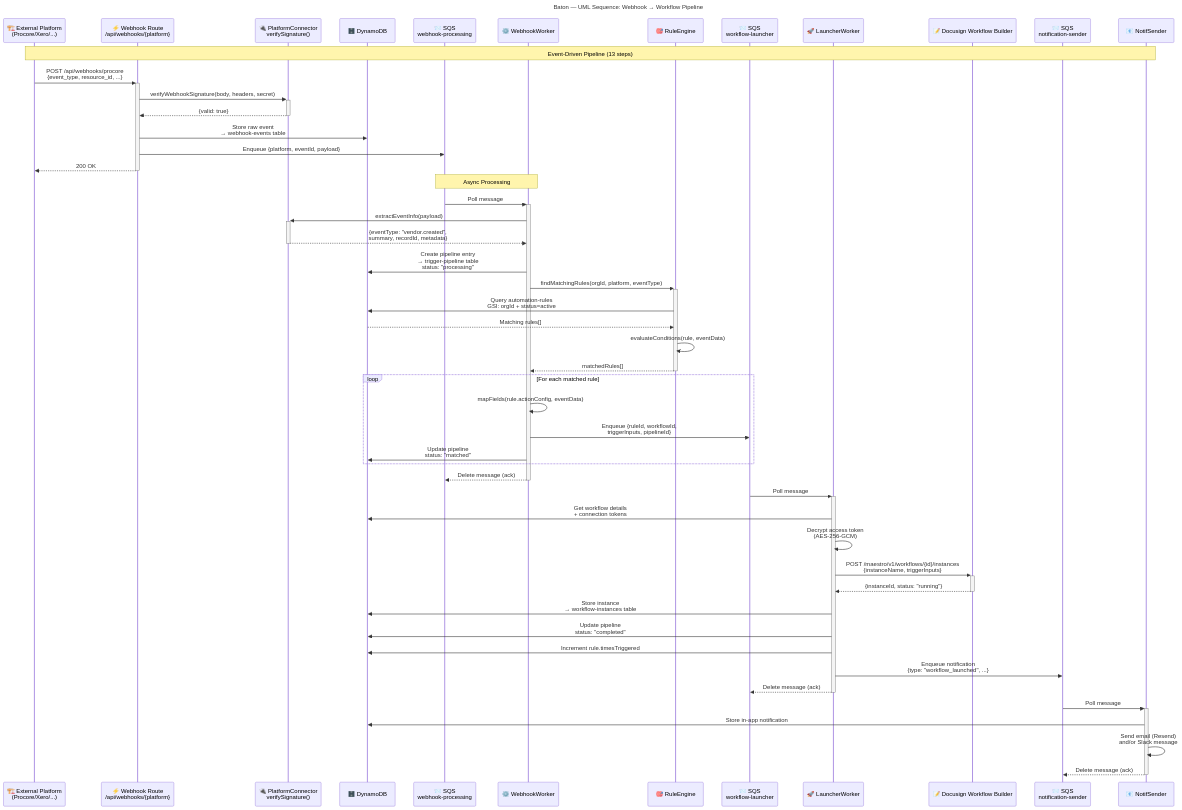
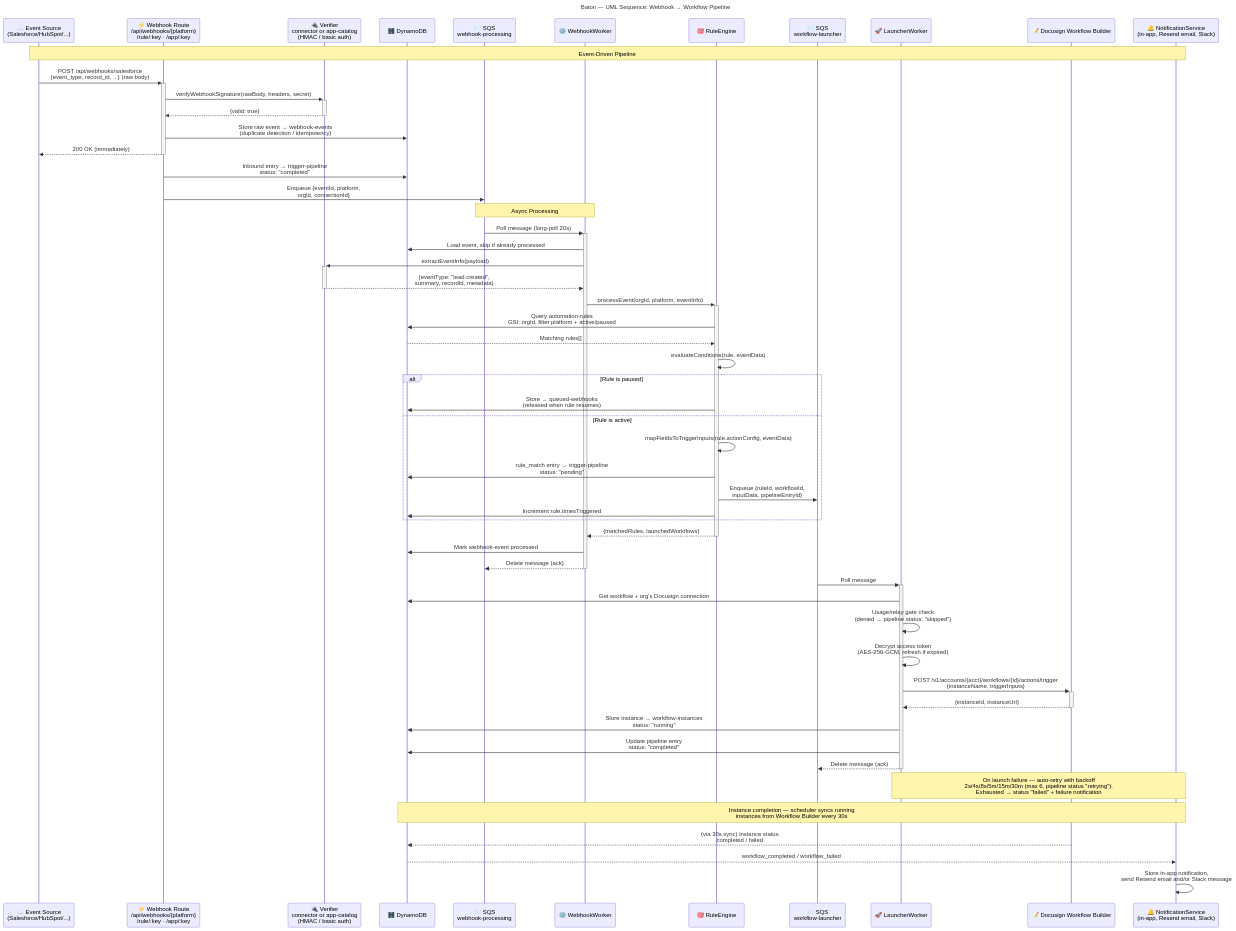
One commit to docufluidlabs/baton-core changed the diagram in baton/docs/uml-sequence-pipeline.mermaid. Above: the diagram before and after it, drawn with Mermaid. The commit also changed 7 other files, not shown here.

First line of the commit message:
Redraw the architecture diagrams to match the shipped code

```diff
--- a/baton/docs/uml-sequence-pipeline.mermaid
+++ b/baton/docs/uml-sequence-pipeline.mermaid
@@ -1,65 +1,70 @@
 ---
 title: "Baton — UML Sequence: Webhook → Workflow Pipeline"
 ---
 sequenceDiagram
-    participant Platform as 🏗️ External Platform<br/>(Procore/Xero/...)
-    participant Webhook as ⚡ Webhook Route<br/>/api/webhooks/{platform}
-    participant Connector as 🔌 PlatformConnector<br/>verifySignature()
+    participant Platform as ☁️ Event Source<br/>(Salesforce/HubSpot/...)
+    participant Webhook as ⚡ Webhook Route<br/>/api/webhooks/{platform}<br/>/rule/:key · /app/:key
+    participant Connector as 🔌 Verifier<br/>connector or app-catalog<br/>(HMAC / basic auth)
     participant DynamoDB as 🗄️ DynamoDB
     participant SQS_WH as 📨 SQS<br/>webhook-processing
     participant Worker as ⚙️ WebhookWorker
     participant RuleEngine as 🎯 RuleEngine
     participant SQS_WF as 📨 SQS<br/>workflow-launcher
     participant Launcher as 🚀 LauncherWorker
     participant Maestro as 📝 Docusign Workflow Builder
-    participant SQS_N as 📨 SQS<br/>notification-sender
-    participant Notifier as 📧 NotifSender
+    participant Notifier as 🔔 NotificationService<br/>(in-app, Resend email, Slack)
 
-    Note over Platform,Notifier: Event-Driven Pipeline (13 steps)
+    Note over Platform,Notifier: Event-Driven Pipeline
 
-    Platform->>+Webhook: POST /api/webhooks/procore<br/>{event_type, resource_id, ...}
-    Webhook->>+Connector: verifyWebhookSignature(body, headers, secret)
+    Platform->>+Webhook: POST /api/webhooks/salesforce<br/>{event_type, record_id, ...} (raw body)
+    Webhook->>+Connector: verifyWebhookSignature(rawBody, headers, secret)
     Connector-->>-Webhook: {valid: true}
 
-    Webhook->>DynamoDB: Store raw event<br/>→ webhook-events table
-    Webhook->>SQS_WH: Enqueue {platform, eventId, payload}
-    Webhook-->>-Platform: 200 OK
+    Webhook->>DynamoDB: Store raw event → webhook-events<br/>(duplicate detection / idempotency)
+    Webhook-->>-Platform: 200 OK (immediately)
+    Webhook->>DynamoDB: Inbound entry → trigger-pipeline<br/>status: "completed"
+    Webhook->>SQS_WH: Enqueue {eventId, platform,<br/>orgId, connectionId}
 
     Note over SQS_WH,Worker: Async Processing
 
-    SQS_WH->>+Worker: Poll message
+    SQS_WH->>+Worker: Poll message (long-poll 20s)
+    Worker->>DynamoDB: Load event, skip if already processed
     Worker->>+Connector: extractEventInfo(payload)
-    Connector-->>-Worker: {eventType: "vendor.created",<br/>summary, recordId, metadata}
+    Connector-->>-Worker: {eventType: "lead.created",<br/>summary, recordId, metadata}
 
-    Worker->>DynamoDB: Create pipeline entry<br/>→ trigger-pipeline table<br/>status: "processing"
-
-    Worker->>+RuleEngine: findMatchingRules(orgId, platform, eventType)
-    RuleEngine->>DynamoDB: Query automation-rules<br/>GSI: orgId + status=active
+    Worker->>+RuleEngine: processEvent(orgId, platform, eventInfo)
+    RuleEngine->>DynamoDB: Query automation-rules<br/>GSI: orgId, filter platform + active/paused
     DynamoDB-->>RuleEngine: Matching rules[]
     RuleEngine->>RuleEngine: evaluateConditions(rule, eventData)
-    RuleEngine-->>-Worker: matchedRules[]
 
-    loop For each matched rule
-        Worker->>Worker: mapFields(rule.actionConfig, eventData)
-        Worker->>SQS_WF: Enqueue {ruleId, workflowId,<br/>triggerInputs, pipelineId}
-        Worker->>DynamoDB: Update pipeline<br/>status: "matched"
+    alt Rule is paused
+        RuleEngine->>DynamoDB: Store → queued-webhooks<br/>(released when rule resumes)
+    else Rule is active
+        RuleEngine->>RuleEngine: mapFieldsToTriggerInputs(rule.actionConfig, eventData)
+        RuleEngine->>DynamoDB: rule_match entry → trigger-pipeline<br/>status: "pending"
+        RuleEngine->>SQS_WF: Enqueue {ruleId, workflowId,<br/>inputData, pipelineEntryId}
+        RuleEngine->>DynamoDB: Increment rule.timesTriggered
     end
+    RuleEngine-->>-Worker: {matchedRules, launchedWorkflows}
+    Worker->>DynamoDB: Mark webhook-event processed
     Worker-->>-SQS_WH: Delete message (ack)
 
     SQS_WF->>+Launcher: Poll message
-    Launcher->>DynamoDB: Get workflow details<br/>+ connection tokens
-    Launcher->>Launcher: Decrypt access token<br/>(AES-256-GCM)
+    Launcher->>DynamoDB: Get workflow + org's Docusign connection
+    Launcher->>Launcher: Usage/relay gate check<br/>(denied → pipeline status: "skipped")
+    Launcher->>Launcher: Decrypt access token<br/>(AES-256-GCM, refresh if expired)
 
-    Launcher->>+Maestro: POST /maestro/v1/workflows/{id}/instances<br/>{instanceName, triggerInputs}
-    Maestro-->>-Launcher: {instanceId, status: "running"}
+    Launcher->>+Maestro: POST /v1/accounts/{acct}/workflows/{id}/actions/trigger<br/>{instanceName, triggerInputs}
+    Maestro-->>-Launcher: {instanceId, instanceUrl}
 
-    Launcher->>DynamoDB: Store instance<br/>→ workflow-instances table
-    Launcher->>DynamoDB: Update pipeline<br/>status: "completed"
-    Launcher->>DynamoDB: Increment rule.timesTriggered
-    Launcher->>SQS_N: Enqueue notification<br/>{type: "workflow_launched", ...}
+    Launcher->>DynamoDB: Store instance → workflow-instances<br/>status: "running"
+    Launcher->>DynamoDB: Update pipeline entry<br/>status: "completed"
     Launcher-->>-SQS_WF: Delete message (ack)
 
-    SQS_N->>+Notifier: Poll message
-    Notifier->>DynamoDB: Store in-app notification
-    Notifier->>Notifier: Send email (Resend)<br/>and/or Slack message
-    Notifier-->>-SQS_N: Delete message (ack)
+    Note over Launcher,Notifier: On launch failure — auto-retry with backoff<br/>2s/4s/8s/5m/15m/30m (max 6, pipeline status "retrying").<br/>Exhausted → status "failed" + failure notification
+
+    Note over DynamoDB,Notifier: Instance completion — scheduler syncs running<br/>instances from Workflow Builder every 30s
+
+    Maestro-->>DynamoDB: (via 30s sync) instance status<br/>completed / failed
+    DynamoDB-->>Notifier: workflow_completed / workflow_failed
+    Notifier->>Notifier: Store in-app notification,<br/>send Resend email and/or Slack message
```
